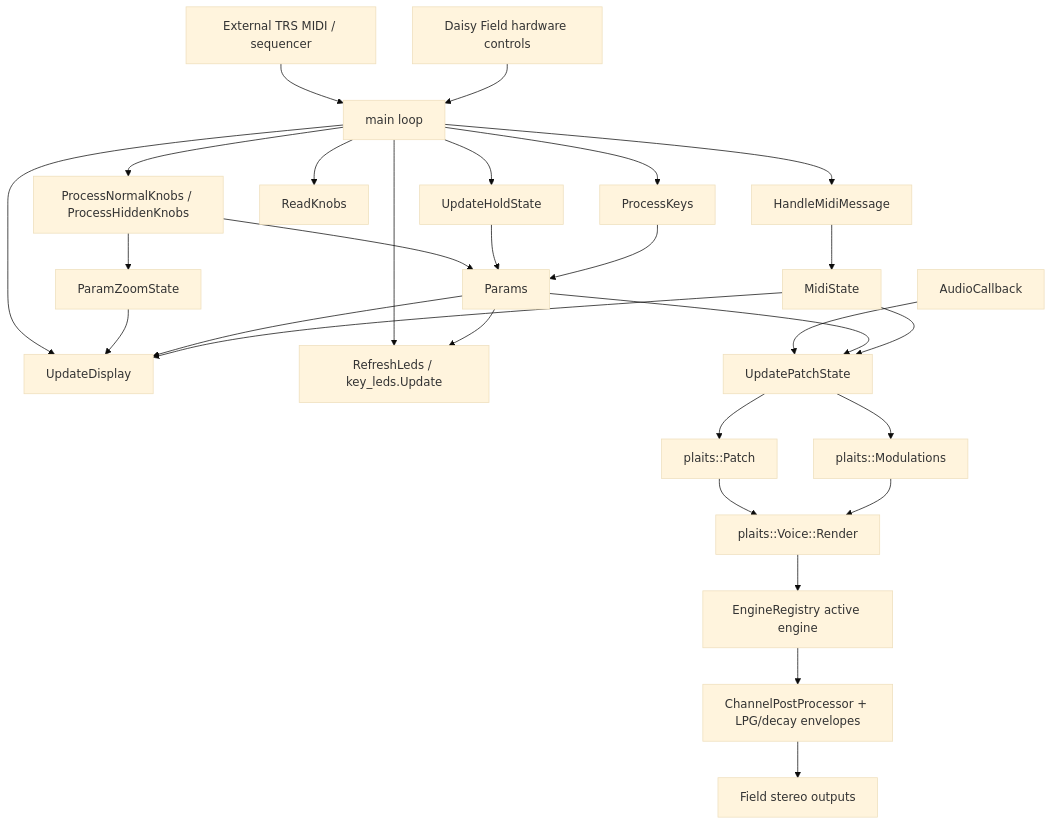
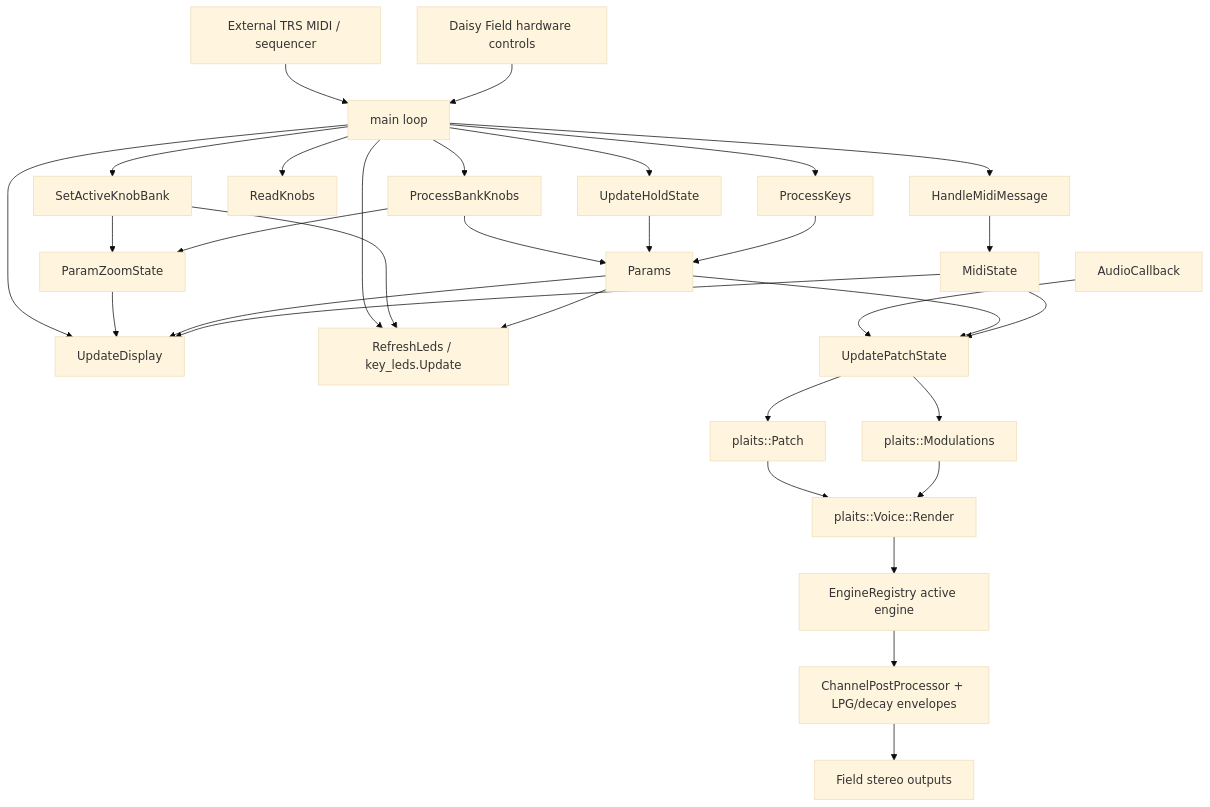
Before and after one commit to Denys/DaisyExamples: the second of 8 diagrams in MyProjects/_projects/Field_MI_Plaits/Dependencies.md, drawn with Mermaid (base theme). The commit also changed other lines of this file and 38 other files, not shown here.

````diff
--- a/MyProjects/_projects/Field_MI_Plaits/Dependencies.md
+++ b/MyProjects/_projects/Field_MI_Plaits/Dependencies.md
@@ -89,59 +91,63 @@
 ```mermaid
 flowchart TD
     MIDI[External TRS MIDI / sequencer]
     CTRLS[Daisy Field hardware controls]
     MAIN[main loop]
     AUDIO[AudioCallback]
 
     HM[HandleMidiMessage]
     UHS[UpdateHoldState]
     RK[ReadKnobs]
-    PNK[ProcessNormalKnobs / ProcessHiddenKnobs]
+    BANK[SetActiveKnobBank]
+    PNK[ProcessBankKnobs]
     PK[ProcessKeys]
     DISP[UpdateDisplay]
     LEDS[RefreshLeds / key_leds.Update]
 
     MS[MidiState]
     PS[Params]
     ZS[ParamZoomState]
 
     UPS[UpdatePatchState]
     PATCH[plaits::Patch]
     MODS[plaits::Modulations]
     VOICE[plaits::Voice::Render]
     ENG[EngineRegistry active engine]
     POST[ChannelPostProcessor + LPG/decay envelopes]
     OUT[Field stereo outputs]
 
     MIDI --> MAIN
     CTRLS --> MAIN
 
     MAIN --> HM
     MAIN --> UHS
     MAIN --> RK
+    MAIN --> BANK
     MAIN --> PNK
     MAIN --> PK
     MAIN --> DISP
     MAIN --> LEDS
 
     HM --> MS
+    BANK --> ZS
+    BANK --> LEDS
     PNK --> PS
     UHS --> PS
     PK --> PS
     PNK --> ZS
     ZS --> DISP
     PS --> DISP
     MS --> DISP
     PS --> LEDS
 
     AUDIO --> UPS
     PS --> UPS
     MS --> UPS
     UPS --> PATCH
     UPS --> MODS
     PATCH --> VOICE
     MODS --> VOICE
     VOICE --> ENG
     ENG --> POST
     POST --> OUT
 ```
````
